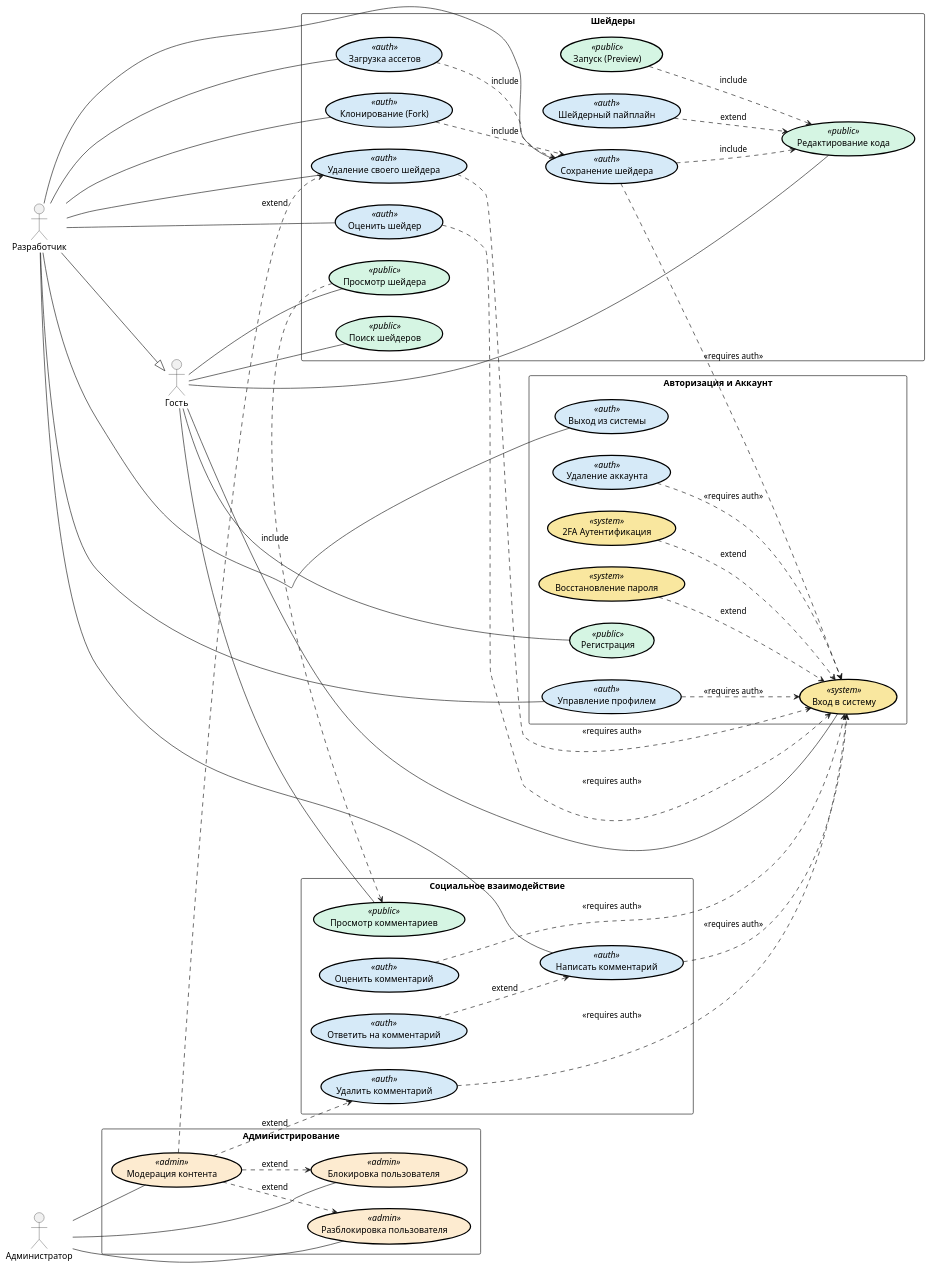
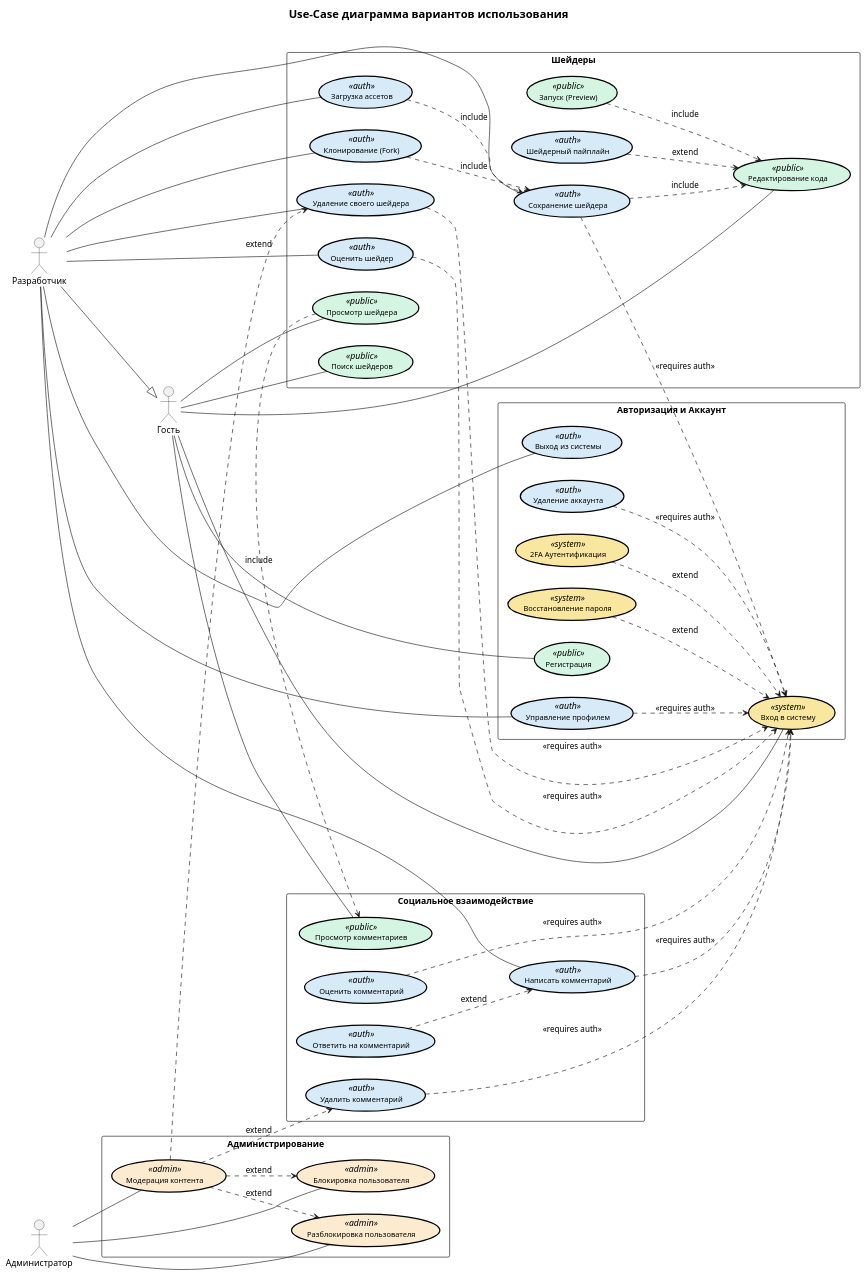
Before and after one commit to Mihyich/ShaderHub: the diagram in docs/charts/use-case/chart.wsd, drawn with PlantUML. The commit also changed 1 other file, not shown here.

Commit message:
Дабвлено название && настроены размеры шрифтов для Use-Case диаграммы

```diff
--- a/docs/charts/use-case/chart.wsd
+++ b/docs/charts/use-case/chart.wsd
@@ -1,135 +1,142 @@
 @startuml Use-Case
 left to right direction
 skinparam packageStyle rectangle
 skinparam actorStyle rectangle
 skinparam shadowing false
 skinparam usecase {
     BackgroundColor White
     BorderColor Black
     BorderThickness 2
+    FontSize 12
 }
 
 ' --- Цветовые схемы для уровней доступа ---
 skinparam usecase {
     BackgroundColor<<public>> #D5F5E3
     BackgroundColor<<auth>> #D6EAF8
     BackgroundColor<<admin>> #FDEBD0
     BackgroundColor<<system>> #F9E79F
 }
+
+skinparam title {
+    FontSize 18
+}
+
+title Use-Case диаграмма вариантов использования
 
 ' --- Актеры ---
 actor "Гость" as Guest
 actor "Разработчик" as Developer
 actor "Администратор" as Admin
 
 Developer --|> Guest
 
 ' === Авторизация ===
 package "Авторизация и Аккаунт" {
     usecase "Вход в систему" as UC_Login <<system>>
     usecase "Регистрация" as UC_Register <<public>>
     usecase "2FA Аутентификация" as UC_2FA <<system>>
     usecase "Восстановление пароля" as UC_Recover <<system>>
     
     usecase "Управление профилем" as UC_Profile <<auth>>
     usecase "Удаление аккаунта" as UC_DeleteAccount <<auth>>
     usecase "Выход из системы" as UC_Logout <<auth>>
 }
 
 ' === Шейдеры ===
 package "Шейдеры" {
     usecase "Поиск шейдеров" as UC_Search <<public>>
     usecase "Просмотр шейдера" as UC_View <<public>>
     usecase "Запуск (Preview)" as UC_Preview <<public>>
     usecase "Редактирование кода" as UC_Edit <<public>>
     
     usecase "Сохранение шейдера" as UC_Save <<auth>>
     usecase "Клонирование (Fork)" as UC_Fork <<auth>>
     usecase "Удаление своего шейдера" as UC_DeleteShader <<auth>>
     usecase "Оценить шейдер" as UC_RateShader <<auth>>
     
     usecase "Загрузка ассетов" as UC_UploadAssets <<auth>>
     usecase "Шейдерный пайплайн" as UC_EditPipeline <<auth>>
 }
 
 ' === Социальное ===
 package "Социальное взаимодействие" {
     usecase "Просмотр комментариев" as UC_ViewComments <<public>>
     usecase "Написать комментарий" as UC_Comment <<auth>>
     usecase "Ответить на комментарий" as UC_ReplyComment <<auth>>
     usecase "Оценить комментарий" as UC_RateComment <<auth>>
     usecase "Удалить комментарий" as UC_DeleteComment <<auth>>
 }
 
 ' === Администрирование ===
 package "Администрирование" {
     usecase "Модерация контента" as UC_Moderate <<admin>>
     usecase "Блокировка пользователя" as UC_BanUser <<admin>>
     usecase "Разблокировка пользователя" as UC_UnbanUser <<admin>>
 }
 
 ' === Легенда ===
 ' note bottom right
 '   <b>Цветовая легенда:</b>
 '   --
 '   <color:#D5F5E3>🟢 Public</color> : Доступно всем (Гость)
 '   <color:#D6EAF8>🔵 Auth</color> : Требуется вход (Разработчик)
 '   <color:#FDEBD0>🟠 Admin</color> : Только администратор
 '   <color:#F9E79F>🟡 System</color> : Системные функции
 ' end note
 
 ' --- Ассоциации Актеров (Минимальные) ---
 ' Гость (явно показываем только базовые права)
 Guest -- UC_Login
 Guest -- UC_Register
 Guest -- UC_Search
 Guest -- UC_View
 Guest -- UC_Edit
 Guest -- UC_ViewComments
 
 ' Разработчик (только уникальные права, остальные по наследству)
 Developer -- UC_Logout
 Developer -- UC_Profile
 Developer -- UC_Save
 Developer -- UC_Fork
 Developer -- UC_DeleteShader
 Developer -- UC_RateShader
 Developer -- UC_Comment
 Developer -- UC_UploadAssets
 
 ' Администратор
 Admin -- UC_Moderate
 Admin -- UC_BanUser
 Admin -- UC_UnbanUser
 
 ' --- Отношения между Use Cases (Скрытые от актеров) ---
 ' Авторизация
 UC_2FA ..> UC_Login : extend
 UC_Recover ..> UC_Login : extend
 UC_Profile ..> UC_Login : <<requires auth>>
 UC_DeleteAccount ..> UC_Login : <<requires auth>>
 
 ' Шейдеры
 UC_Preview ..> UC_Edit : include
 UC_Save ..> UC_Edit : include
 UC_Save ..> UC_Login : <<requires auth>>
 UC_Fork ..> UC_Save : include
 UC_DeleteShader ..> UC_Login : <<requires auth>>
 UC_EditPipeline ..> UC_Edit : extend
 UC_UploadAssets ..> UC_Save : include
 
 ' Социальное
 UC_View ..> UC_ViewComments : include
 UC_ReplyComment ..> UC_Comment : extend
 UC_Comment ..> UC_Login : <<requires auth>>
 UC_RateShader ..> UC_Login : <<requires auth>>
 UC_RateComment ..> UC_Login : <<requires auth>>
 UC_DeleteComment ..> UC_Login : <<requires auth>>
 
 ' Администрирование
 UC_Moderate ..> UC_BanUser : extend
 UC_Moderate ..> UC_UnbanUser : extend
 UC_Moderate ..> UC_DeleteComment : extend
 UC_Moderate ..> UC_DeleteShader : extend
 
 @enduml
```
